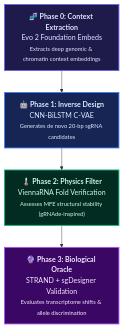
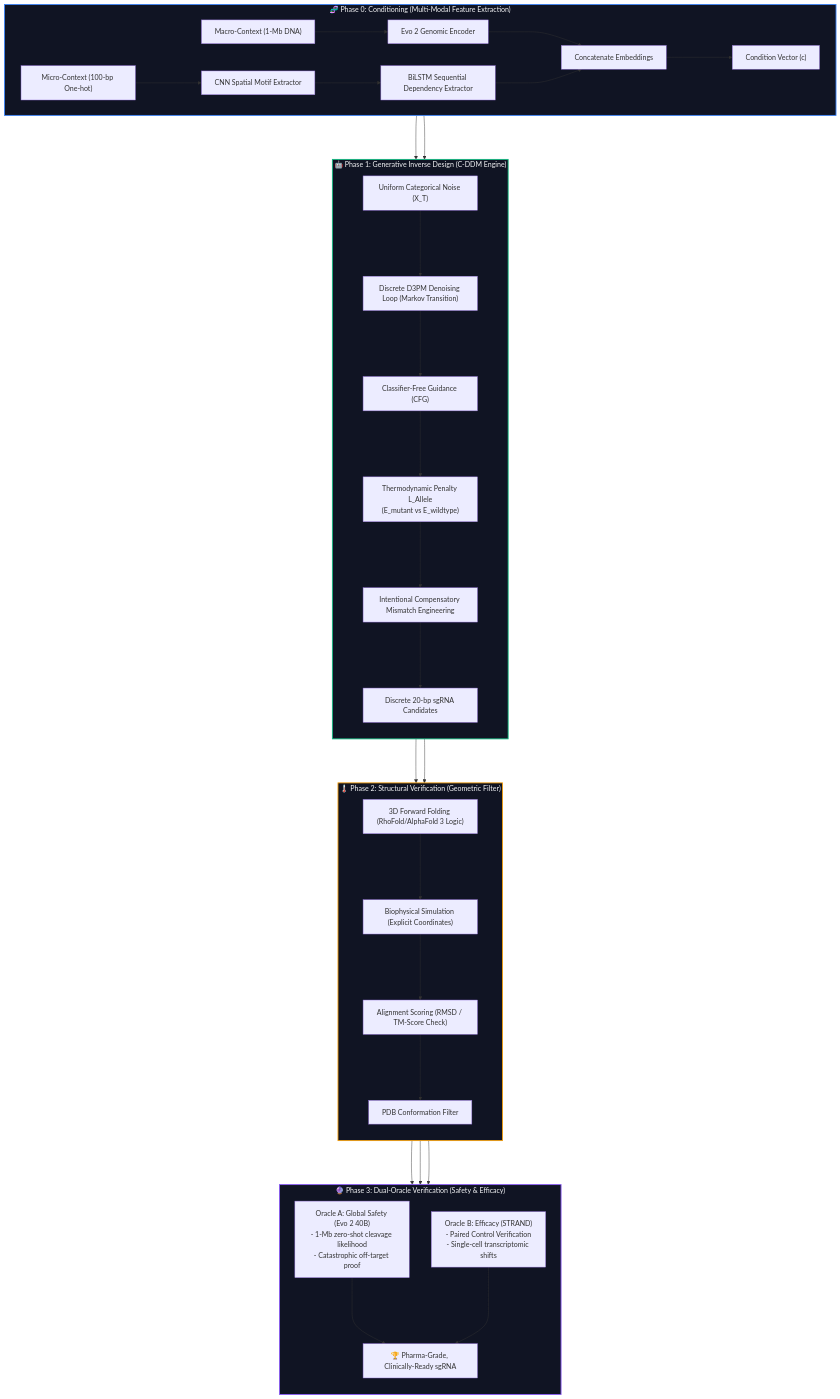
Before and after one commit to capybarawombat/lhp_sef_sgRNA: the diagram in README.md, drawn with Mermaid. The commit also changed other lines of this file, not shown here.

Commit message:
docs: establish project architecture and literature matrix

````diff
--- a/README.md
+++ b/README.md
@@ -15,12 +16,44 @@
 ```mermaid
 flowchart TD
-    P0["🧬 <b>Phase 0: Context Extraction</b><br>Evo 2 Foundation Embeds<br><font size=2>Extracts deep genomic & chromatin context embeddings</font>"] 
-    --> P1["🤖 <b>Phase 1: Inverse Design</b><br>CNN-BiLSTM C-VAE<br><font size=2>Generates de novo 20-bp sgRNA candidates</font>"]
-    --> P2["🌡️ <b>Phase 2: Physics Filter</b><br>ViennaRNA Fold Verification<br><font size=2>Assesses MFE structural stability (gRNAde-inspired)</font>"]
-    --> P3["🔮 <b>Phase 3: Biological Oracle</b><br>STRAND + sgDesigner Validation<br><font size=2>Evaluates transcriptome shifts & allele discrimination</font>"]
-    
-    style P0 fill:#1e1b4b,stroke:#6366f1,stroke-width:2px,color:#e0e7ff
-    style P1 fill:#172554,stroke:#3b82f6,stroke-width:2px,color:#dbeafe
-    style P2 fill:#022c22,stroke:#10b981,stroke-width:2px,color:#d1fae5
-    style P3 fill:#3b0764,stroke:#a855f7,stroke-width:2px,color:#f3e8ff
+    subgraph P0["🧬 Phase 0: Conditioning (Multi-Modal Feature Extraction)"]
+        direction LR
+        In0["Macro-Context (1-Mb DNA)"] ---> E2["Evo 2 Genomic Encoder"]
+        In1["Micro-Context (100-bp One-hot)"] ---> CNN["CNN Spatial Motif Extractor"]
+        CNN ---> LSTM["BiLSTM Sequential Dependency Extractor"]
+        E2 & LSTM ---> Conc["Concatenate Embeddings"]
+        Conc ---> Cond["Condition Vector (c)"]
+    end
+
+    subgraph P1["🤖 Phase 1: Generative Inverse Design (C-DDM Engine)"]
+        direction TB
+        Cond & Noise["Uniform Categorical Noise (X_T)"] ---> Markov["Discrete D3PM Denoising Loop (Markov Transition)"]
+        Markov ---> CFG["Classifier-Free Guidance (CFG)"]
+        CFG ---> Penalty["Thermodynamic Penalty L_Allele<br>(E_mutant vs E_wildtype)"]
+        Penalty ---> Mismatch["Intentional Compensatory Mismatch Engineering"]
+        Mismatch ---> sgRNA["Discrete 20-bp sgRNA Candidates"]
+    end
+
+    subgraph P2["🌡️ Phase 2: Structural Verification (Geometric Filter)"]
+        direction TB
+        sgRNA ---> Folding["3D Forward Folding (RhoFold/AlphaFold 3 Logic)"]
+        Folding ---> Sim["Biophysical Simulation (Explicit Coordinates)"]
+        Sim ---> Score["Alignment Scoring (RMSD / TM-Score Check)"]
+        Score ---> PDB["PDB Conformation Filter"]
+    end
+
+    subgraph P3["🔮 Phase 3: Dual-Oracle Verification (Safety & Efficacy)"]
+        direction TB
+        PDB ---> OA["Oracle A: Global Safety (Evo 2 40B)<br>- 1-Mb zero-shot cleavage likelihood<br>- Catastrophic off-target proof"]
+        PDB ---> OB["Oracle B: Efficacy (STRAND)<br>- Paired Control Verification<br>- Single-cell transcriptomic shifts"]
+        OA & OB ---> Out["🏆 Pharma-Grade, Clinically-Ready sgRNA"]
+    end
+
+    P0 ---> P1
+    P1 ---> P2
+    P2 ---> P3
+
+    style P0 fill:#101423,stroke:#3b82f6,stroke-width:2px,color:#f3f4f6
+    style P1 fill:#101423,stroke:#10b981,stroke-width:2px,color:#f3f4f6
+    style P2 fill:#101423,stroke:#f59e0b,stroke-width:2px,color:#f3f4f6
+    style P3 fill:#101423,stroke:#8b5cf6,stroke-width:2px,color:#f3f4f6
 ```
````
